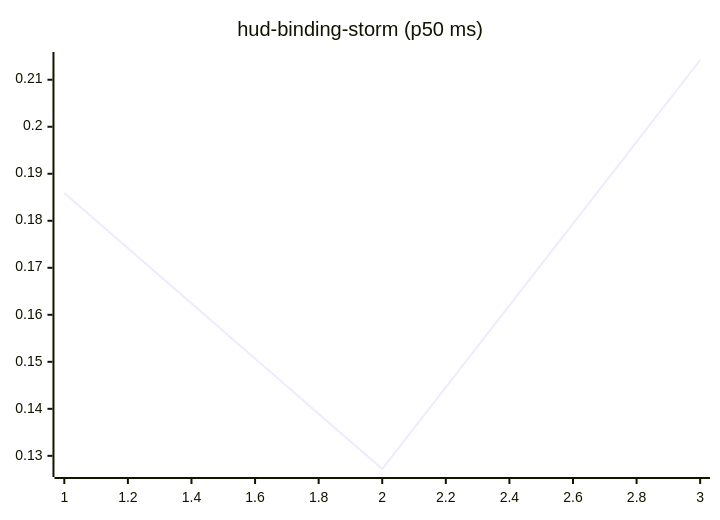
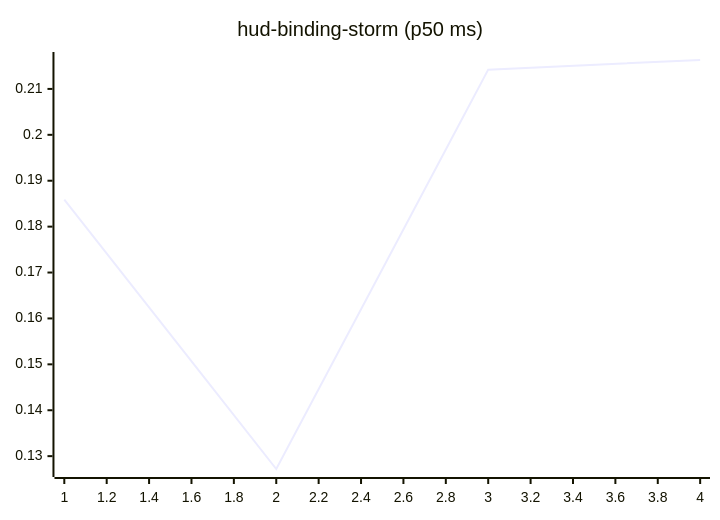
The tenth of 27 diagrams in README.md (josha/Facet), drawn with Mermaid before and after one commit. The commit also changed other lines of this file and 2 other files, not shown here.

````diff
--- a/README.md
+++ b/README.md
@@ -126,6 +126,6 @@
 ```mermaid
 xychart-beta
     title "hud-binding-storm (p50 ms)"
-    x-axis 1 --> 3
-    line [0.1859, 0.1272, 0.2142]
+    x-axis 1 --> 4
+    line [0.1859, 0.1272, 0.2142, 0.2163]
 ```
````
